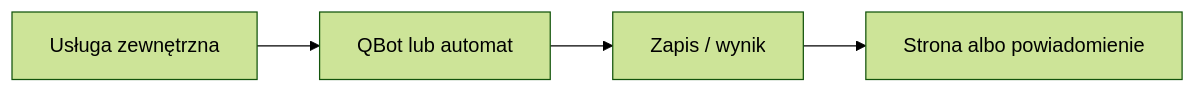
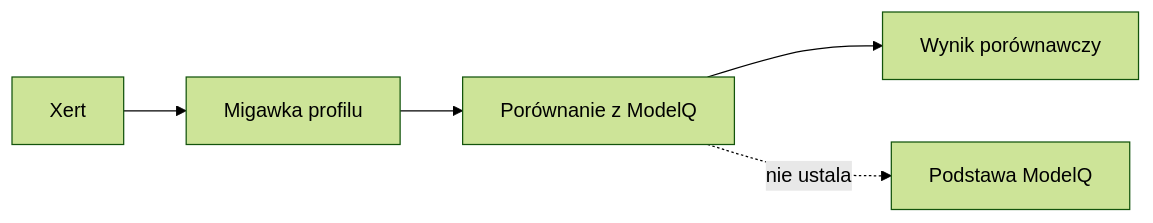
Before and after one commit to QbotMS/QbotQ: the diagram in docs/wiki/polaczenia/xert.md, drawn with Mermaid (forest theme). The commit also changed other lines of this file and 153 other files, not shown here.

````diff
--- a/docs/wiki/polaczenia/xert.md
+++ b/docs/wiki/polaczenia/xert.md
@@ -35,6 +45,7 @@
 ```mermaid
 flowchart LR
-  A[Usługa zewnętrzna] --> B[QBot lub automat]
-  B --> C[Zapis / wynik]
-  C --> D[Strona albo powiadomienie]
+  A[Xert] --> B[Migawka profilu]
+  B --> C[Porównanie z ModelQ]
+  C --> D[Wynik porównawczy]
+  C -. nie ustala .-> E[Podstawa ModelQ]
 ```
````
